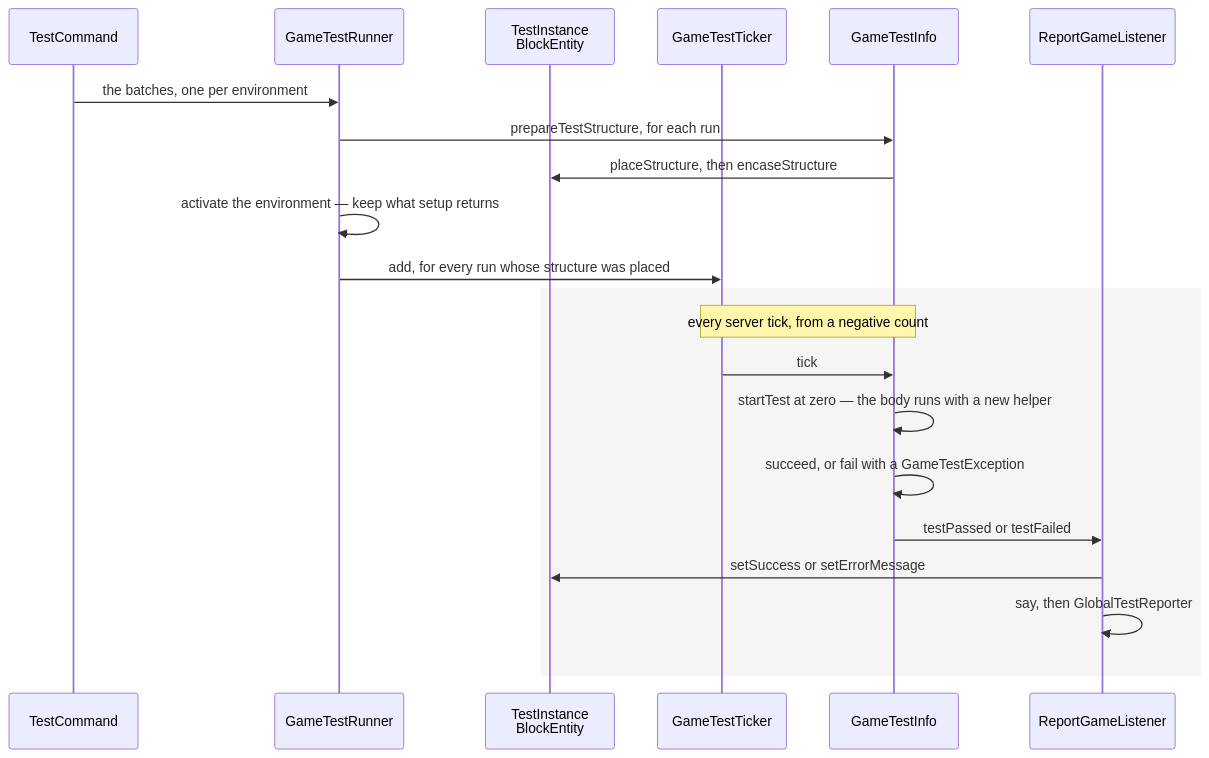
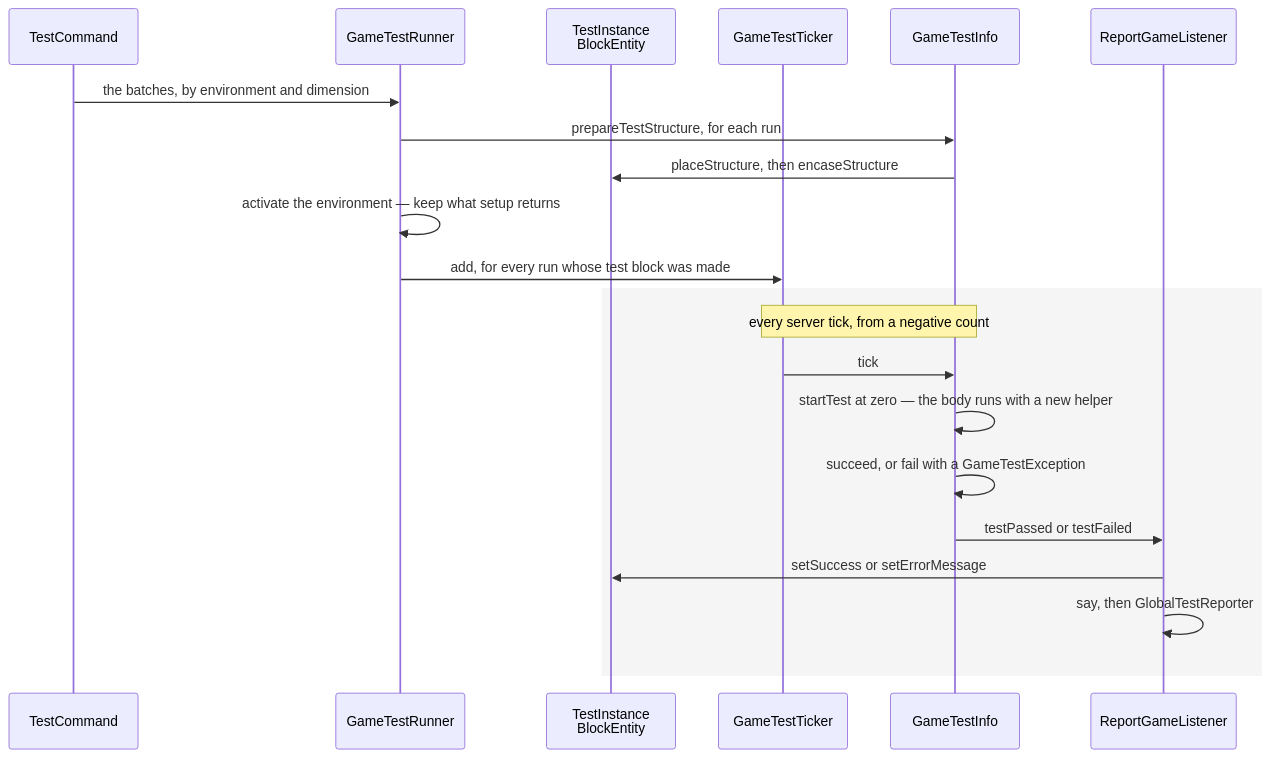
The second of 2 diagrams in src/systems/commands/game-tests.md (AlexanderjFraser/MinecraftDocs), drawn with Mermaid before and after one commit. The commit also changed other lines of this file and 19 other files, not shown here.

````diff
--- a/src/systems/commands/game-tests.md
+++ b/src/systems/commands/game-tests.md
@@ -113,24 +104,24 @@
 ```mermaid
 sequenceDiagram
     participant TC as TestCommand
     participant GTR as GameTestRunner
     participant TIB as TestInstance<br/>BlockEntity
     participant GTT as GameTestTicker
     participant GI as GameTestInfo
     participant RGL as ReportGameListener
 
-    TC->>GTR: the batches, one per environment
+    TC->>GTR: the batches, by environment and dimension
     GTR->>GI: prepareTestStructure, for each run
     GI->>TIB: placeStructure, then encaseStructure
     GTR->>GTR: activate the environment — keep what setup returns
-    GTR->>GTT: add, for every run whose structure was placed
+    GTR->>GTT: add, for every run whose test block was made
     rect rgba(0, 0, 0, 0.04)
     Note over GTT,GI: every server tick, from a negative count
     GTT->>GI: tick
     GI->>GI: startTest at zero — the body runs with a new helper
     GI->>GI: succeed, or fail with a GameTestException
     GI->>RGL: testPassed or testFailed
     RGL->>TIB: setSuccess or setErrorMessage
     RGL->>RGL: say, then GlobalTestReporter
     end
 ```
````
